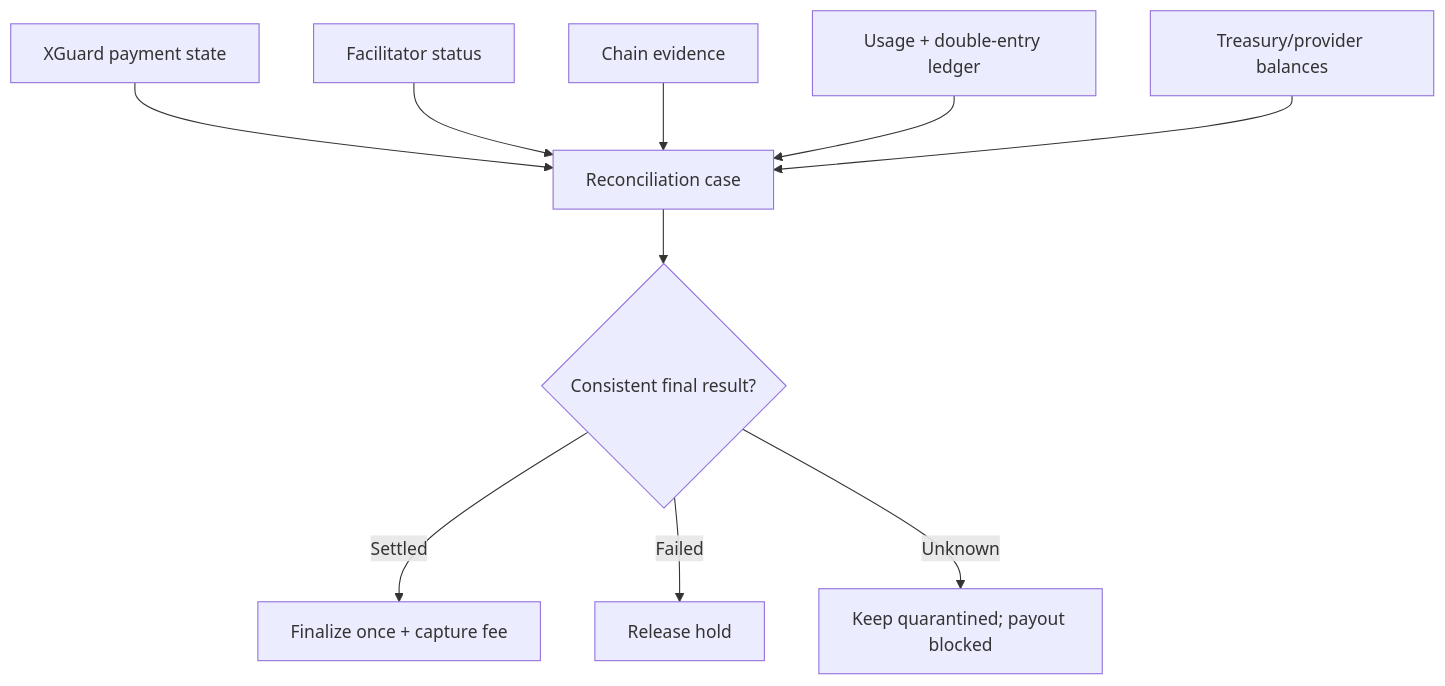
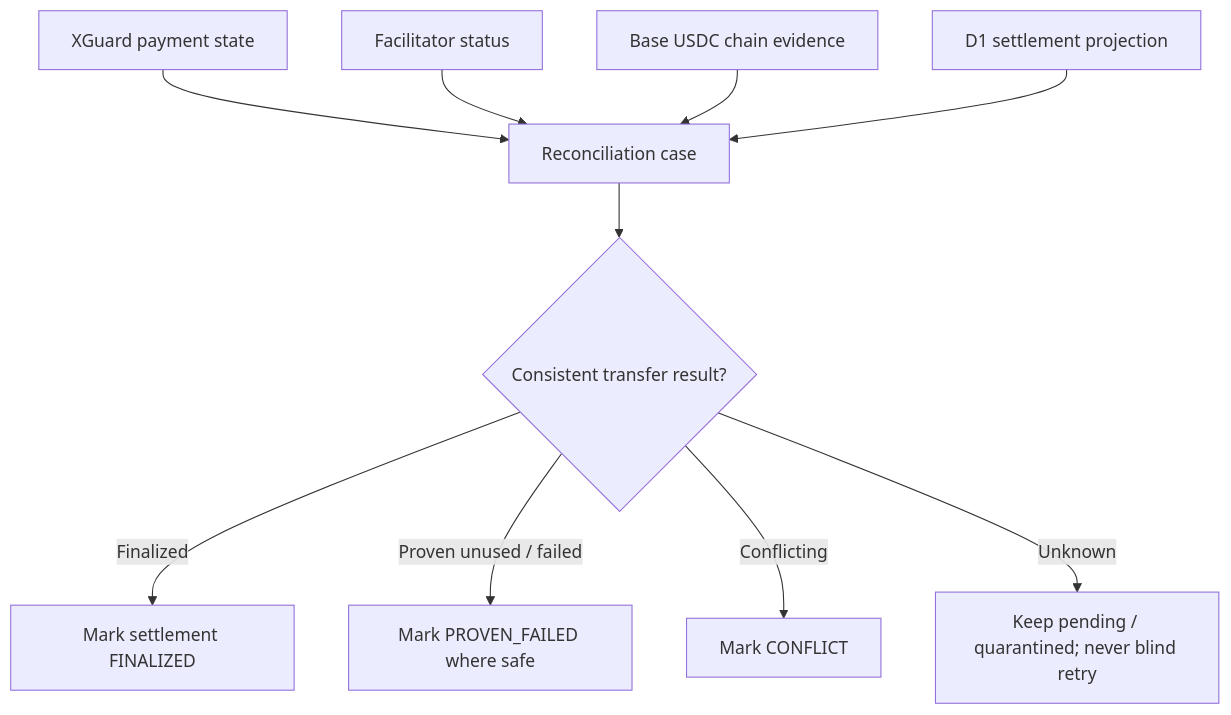
One commit to moelayyan90/XGuard changed the diagram in RECONCILIATION.md. Above: the diagram before and after it, drawn with Mermaid. The commit also changed other lines of this file, not shown here.

Commit message:
Separate settlement truth from attempt-fee accounting

````diff
--- a/RECONCILIATION.md
+++ b/RECONCILIATION.md
@@ -5,12 +5,12 @@
 ```mermaid
 flowchart TD
   X["XGuard payment state"] --> C["Reconciliation case"]
   F["Facilitator status"] --> C
-  N["Chain evidence"] --> C
-  L["Usage + double-entry ledger"] --> C
-  T["Treasury/provider balances"] --> C
-  C --> R{"Consistent final result?"}
-  R -->|Settled| S["Finalize once + capture fee"]
-  R -->|Failed| D["Release hold"]
-  R -->|Unknown| Q["Keep quarantined; payout blocked"]
+  N["Base USDC chain evidence"] --> C
+  L["D1 settlement projection"] --> C
+  C --> R{"Consistent transfer result?"}
+  R -->|Finalized| S["Mark settlement FINALIZED"]
+  R -->|Proven unused / failed| D["Mark PROVEN_FAILED where safe"]
+  R -->|Conflicting| K["Mark CONFLICT"]
+  R -->|Unknown| Q["Keep pending / quarantined; never blind retry"]
 ```
````
